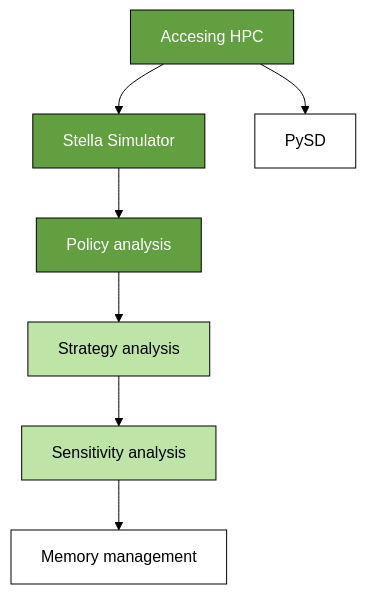
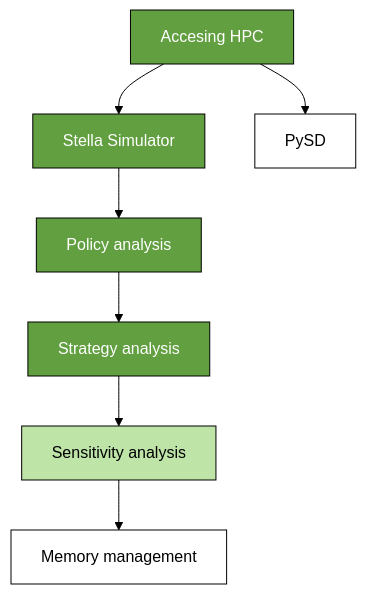
One commit to CBSDLab/SD4DS changed the diagram in README.md. Above: the diagram before and after it, drawn with Mermaid.

````diff
--- a/README.md
+++ b/README.md
@@ -21,25 +21,24 @@
 ```mermaid
 ---
 config:
   theme: 'base'
   themeVariables:
     primaryColor: '#619F40'
     primaryTextColor: '#FFFFFF'
     primaryBorderColor: '#000000'
     lineColor: '#000000'
     secondaryColor: '#006100'
     tertiaryColor: '#fff'
 ---
 flowchart TB
 
 A[Accesing HPC] -->B[Stella Simulator]
 A --> PySD[PySD]
 style PySD fill:#FFFFFF, color:#000000
 B --> C[Policy analysis]
 C --> D[Strategy analysis]
-style D fill:#BEE4A8, color:#000000
 D --> E[Sensitivity analysis]
 style E fill:#BEE4A8, color:#000000
 E --> F[Memory management]
 style F fill:#FFFFFF, color:#000000
 ```
````
